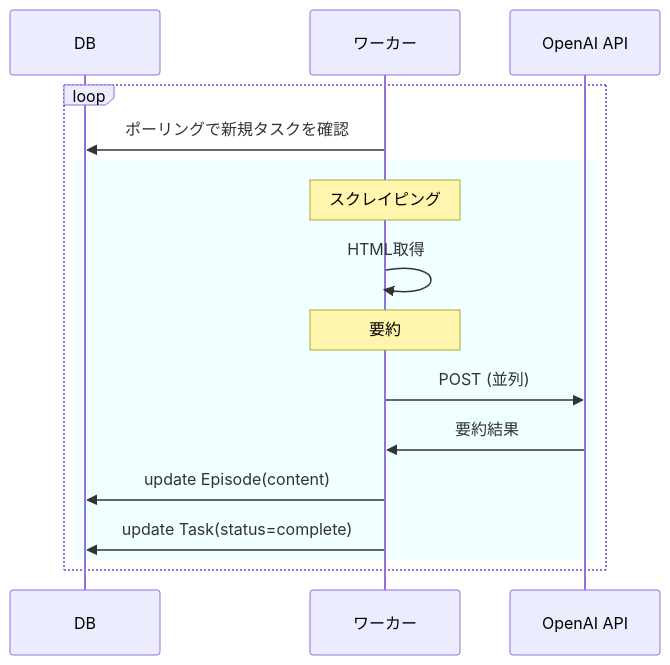
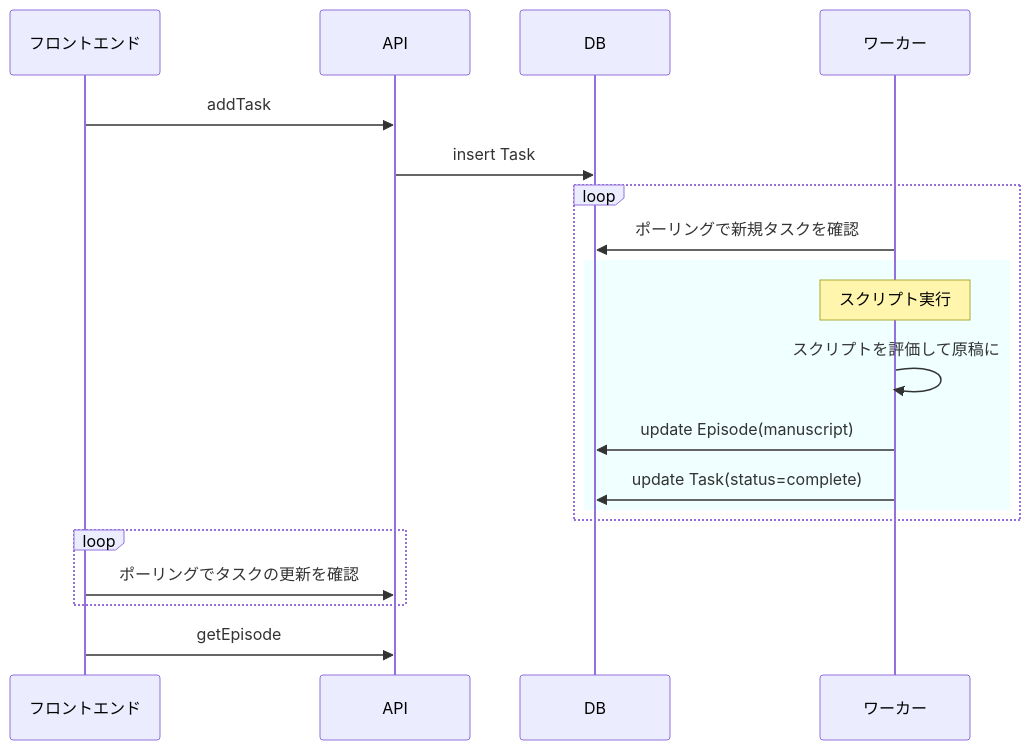
The second of 3 diagrams in ARCHITECTURE.md (wakame-tech/botcast), drawn with Mermaid before and after one commit. The commit also changed other lines of this file, not shown here.

Commit message:
fix: update ARCHITECTURE

````diff
--- a/ARCHITECTURE.md
+++ b/ARCHITECTURE.md
@@ -77,20 +72,26 @@
 ```mermaid
 sequenceDiagram
+    participant web as フロントエンド
+    participant api as API
     participant db as DB
     participant worker as ワーカー
-    participant llm as OpenAI API
+
+    web ->> api: addTask
+    api ->> db: insert Task
 
     loop
       worker ->> db: ポーリングで新規タスクを確認
       rect azure
-        note over worker: スクレイピング
-        worker ->> worker: HTML取得
-        
-        note over worker: 要約
-        worker ->> llm: POST (並列)
-        llm ->> worker: 要約結果
-        worker ->> db: update Episode(content)
+        note over worker: スクリプト実行
+        worker ->> worker: スクリプトを評価して原稿に
+        worker ->> db: update Episode(manuscript)
         worker ->> db: update Task(status=complete)
       end
     end
+
+    loop
+      web ->> api: ポーリングでタスクの更新を確認
+    end
+    
+    web ->> api: getEpisode
 ```
````
